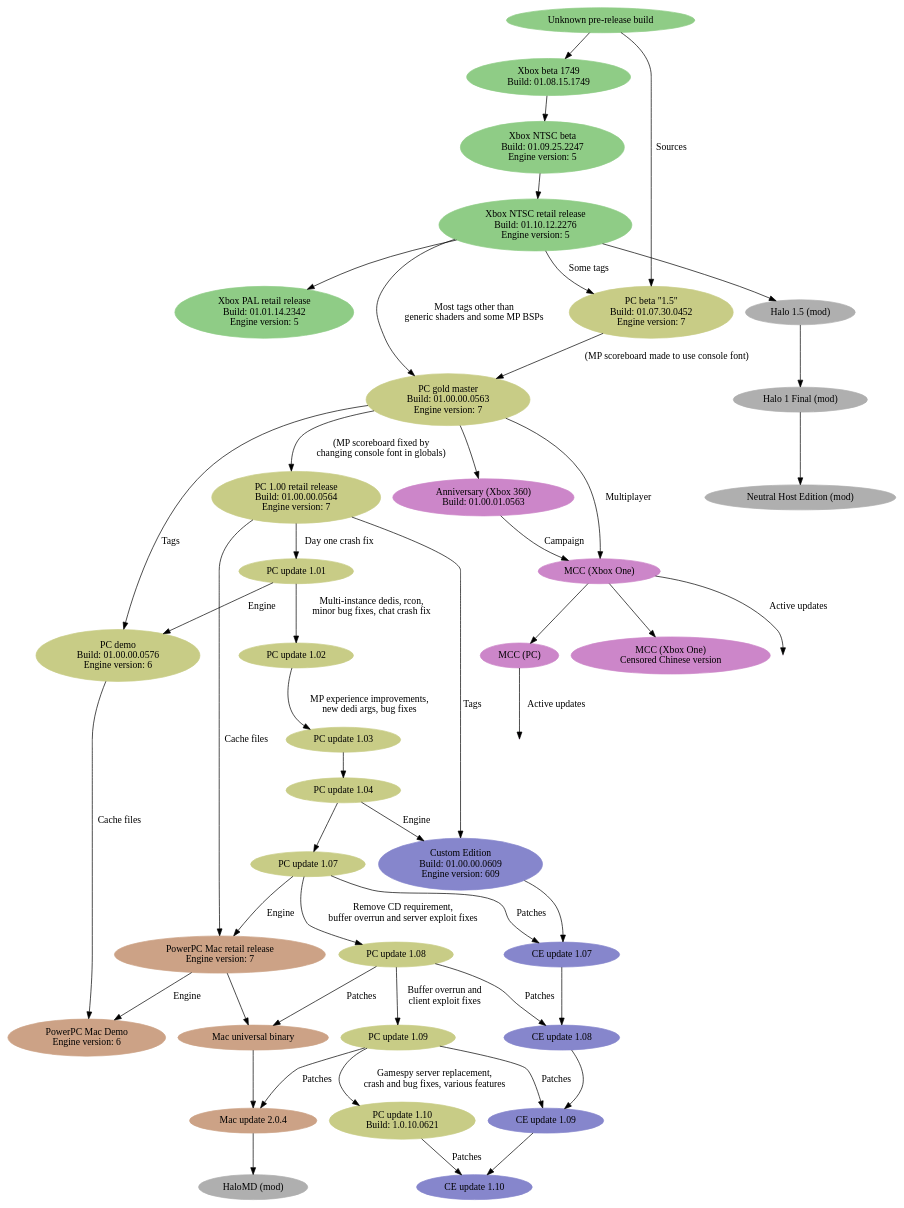
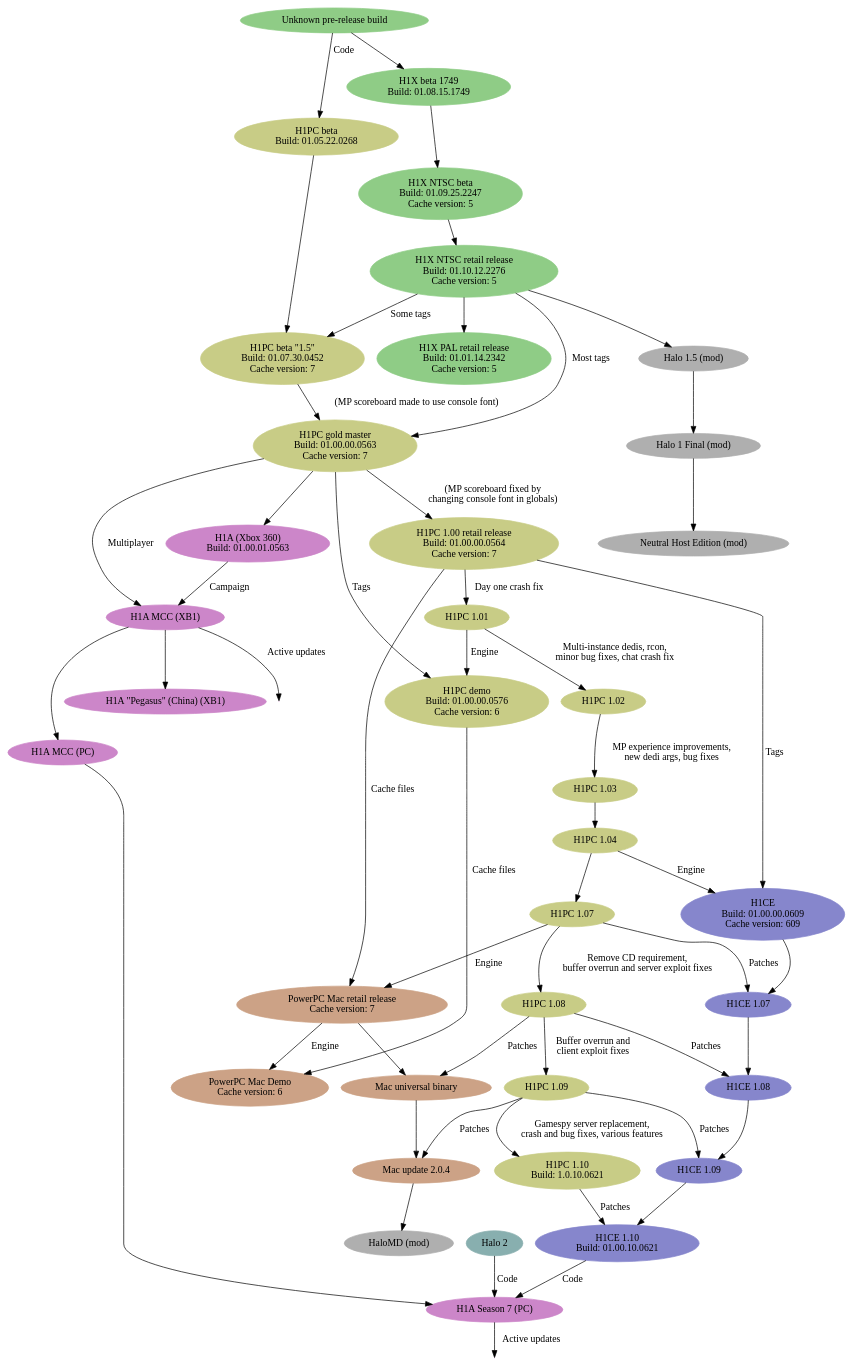
One commit to Sigmmma/c20 changed the diagram in src/content/h1/games.dot. Above: the diagram before and after it, drawn with Graphviz.

Commit message:
Update game diagram to cover H1A season 7

```diff
--- a/src/content/h1/games.dot
+++ b/src/content/h1/games.dot
@@ -1,115 +1,129 @@
 digraph G {
-  # xbox
-  node [style=filled color="#8fcc86"]
-  xbox_pre [label="Unknown pre-release build"]
-  xbox_1749 [label="Xbox beta 1749\nBuild: 01.08.15.1749"]
-  xbox_ntsc_beta [label="Xbox NTSC beta\nBuild: 01.09.25.2247\nEngine version: 5"]
-  xbox_ntsc_retail [label="Xbox NTSC retail release\nBuild: 01.10.12.2276\nEngine version: 5"]
-  xbox_pal_retail [label="Xbox PAL retail release\nBuild: 01.01.14.2342\nEngine version: 5"]
+  subgraph h1x {
+    node [style=filled color="#8fcc86"]
+    h1x_pre [label="Unknown pre-release build"]
+    h1x_1749 [label="H1X beta 1749\nBuild: 01.08.15.1749"]
+    h1x_ntsc_beta [label="H1X NTSC beta\nBuild: 01.09.25.2247\nCache version: 5"]
+    h1x_ntsc_retail [label="H1X NTSC retail release\nBuild: 01.10.12.2276\nCache version: 5"]
+    h1x_pal_retail [label="H1X PAL retail release\nBuild: 01.01.14.2342\nCache version: 5"]
+  }
 
-  # pc
-  node [style=filled color="#c8cc86"];
-  pc_beta [label="PC beta \"1.5\"\nBuild: 01.07.30.0452\nEngine version: 7"];
-  pc_gold [label="PC gold master\nBuild: 01.00.00.0563\nEngine version: 7"];
-  pc_100 [label="PC 1.00 retail release\nBuild: 01.00.00.0564\nEngine version: 7"];
-  pc_101 [label="PC update 1.01"];
-  pc_102 [label="PC update 1.02"];
-  pc_103 [label="PC update 1.03"];
-  pc_104 [label="PC update 1.04"];
-  pc_107 [label="PC update 1.07"];
-  pc_108 [label="PC update 1.08"];
-  pc_109 [label="PC update 1.09"];
-  pc_110 [label="PC update 1.10\nBuild: 1.0.10.0621"];
-  pc_demo [label="PC demo\nBuild: 01.00.00.0576\nEngine version: 6"];
+  subgraph h1pc {
+    node [style=filled color="#c8cc86"];
+    pc_beta1 [label="H1PC beta\nBuild: 01.05.22.0268"];
+    pc_beta2 [label="H1PC beta \"1.5\"\nBuild: 01.07.30.0452\nCache version: 7"];
+    pc_gold [label="H1PC gold master\nBuild: 01.00.00.0563\nCache version: 7"];
+    pc_100 [label="H1PC 1.00 retail release\nBuild: 01.00.00.0564\nCache version: 7"];
+    pc_101 [label="H1PC 1.01"];
+    pc_102 [label="H1PC 1.02"];
+    pc_103 [label="H1PC 1.03"];
+    pc_104 [label="H1PC 1.04"];
+    pc_107 [label="H1PC 1.07"];
+    pc_108 [label="H1PC 1.08"];
+    pc_109 [label="H1PC 1.09"];
+    pc_110 [label="H1PC 1.10\nBuild: 1.0.10.0621"];
+    pc_demo [label="H1PC demo\nBuild: 01.00.00.0576\nCache version: 6"];
+  }
 
-  # custom edition
-  node [style=filled color="#8686cc"];
-  ce_100 [label="Custom Edition\nBuild: 01.00.00.0609\nEngine version: 609"];
-  ce_107 [label="CE update 1.07"];
-  ce_108 [label="CE update 1.08"];
-  ce_109 [label="CE update 1.09"];
-  ce_110 [label="CE update 1.10"];
+  subgraph h1ce {
+    node [style=filled color="#8686cc"];
+    h1ce_100 [label="H1CE\nBuild: 01.00.00.0609\nCache version: 609"];
+    h1ce_107 [label="H1CE 1.07"];
+    h1ce_108 [label="H1CE 1.08"];
+    h1ce_109 [label="H1CE 1.09"];
+    h1ce_110 [label="H1CE 1.10\nBuild: 01.00.10.0621"];
+  }
 
-  # mac
-  node [style=filled color="#cca286"];
-  mac_retail [label="PowerPC Mac retail release\nEngine version: 7"];
-  mac_universal [label="Mac universal binary"];
-  mac_204 [label="Mac update 2.0.4"];
-  mac_demo [label="PowerPC Mac Demo\nEngine version: 6"];
+  subgraph mac {
+    node [style=filled color="#cca286"];
+    mac_retail [label="PowerPC Mac retail release\nCache version: 7"];
+    mac_universal [label="Mac universal binary"];
+    mac_204 [label="Mac update 2.0.4"];
+    mac_demo [label="PowerPC Mac Demo\nCache version: 6"];
+  }
 
-  # anniversary (invader uses cache v563)
-  node [style=filled color="#cc86c9"];
-  ann [label="Anniversary (Xbox 360)\nBuild: 01.00.01.0563"];
-  mcc_xbone [label="MCC (Xbox One)"];
-  mcc_xbone_china [label="MCC (Xbox One)\nCensored Chinese version"];
-  mcc_pc [label="MCC (PC)"];
-  mcc_pc_live [label="", fixedsize="false", width=0, height=0, shape=none];
-  mcc_xbone_live [label="", fixedsize="false", width=0, height=0, shape=none];
+  subgraph h1a {
+    node [style=filled color="#cc86c9"];
+    h1a_360 [label="H1A (Xbox 360)\nBuild: 01.00.01.0563"];
+    h1a_xbone [label="H1A MCC (XB1)"];
+    h1a_xbone_china [label="H1A \"Pegasus\" (China) (XB1)"];
+    h1a_pc [label="H1A MCC (PC)"];
+    h1a_pc_s7 [label="H1A Season 7 (PC)"];
+    h1a_pc_live [label="", fixedsize="false", width=0, height=0, shape=none];
+    h1a_xbone_live [label="", fixedsize="false", width=0, height=0, shape=none];
+  }
 
   #mods
   node [style=filled color="#afafaf"];
   h15 [label="Halo 1.5 (mod)"];
   h1final [label="Halo 1 Final (mod)"];
   nhe [label="Neutral Host Edition (mod)"];
   halomd [label="HaloMD (mod)"];
 
-  # xbox line
-  xbox_pre -> xbox_1749;
-  xbox_1749 -> xbox_ntsc_beta;
-  xbox_ntsc_beta -> xbox_ntsc_retail;
-  xbox_ntsc_retail -> xbox_pal_retail;
+  #other games
+  node [style=filled color="#88afaf"];
+  h2 [label="Halo 2"];
+
+  h1x_pre -> h1x_1749;
+  h1x_1749 -> h1x_ntsc_beta;
+  h1x_ntsc_beta -> h1x_ntsc_retail;
+  h1x_ntsc_retail -> h1x_pal_retail;
 
   # gearbox pc line
-  xbox_pre -> pc_beta [label="Sources"];
-  xbox_ntsc_retail -> pc_beta [label="Some tags"];
-  pc_beta -> pc_gold [label="(MP scoreboard made to use console font)"];
-  xbox_ntsc_retail -> pc_gold [label="Most tags other than\ngeneric shaders and some MP BSPs"];
+  h1x_pre -> pc_beta1 [label="Code"];
+  pc_beta1 -> pc_beta2;
+  h1x_ntsc_retail -> pc_beta2 [label="Some tags"];
+  pc_beta2 -> pc_gold [label="(MP scoreboard made to use console font)"];
+  h1x_ntsc_retail -> pc_gold [label="Most tags"];
   pc_gold -> pc_100 [label="(MP scoreboard fixed by\nchanging console font in globals)"];
   pc_100 -> pc_101 [label="Day one crash fix"];
   pc_101 -> pc_102 [label="Multi-instance dedis, rcon,\nminor bug fixes, chat crash fix"];
   pc_102 -> pc_103 [label="MP experience improvements,\nnew dedi args, bug fixes"];
   pc_103 -> pc_104;
   pc_104 -> pc_107;
   pc_107 -> pc_108 [label="Remove CD requirement,\nbuffer overrun and server exploit fixes"];
   pc_108 -> pc_109 [label="Buffer overrun and\nclient exploit fixes"];
   pc_109 -> pc_110 [label="Gamespy server replacement,\ncrash and bug fixes, various features"];
   pc_gold -> pc_demo [label="Tags"];
   pc_101 -> pc_demo [label="Engine"];
 
   # custom edition line
-  pc_104 -> ce_100 [label="Engine"];
-  pc_100 -> ce_100 [label="Tags"];
-  ce_100 -> ce_107;
-  pc_107 -> ce_107 [label="Patches"];
-  ce_107 -> ce_108;
-  pc_108 -> ce_108 [label="Patches"];
-  ce_108 -> ce_109;
-  pc_109 -> ce_109 [label="Patches"];
-  ce_109 -> ce_110;
-  pc_110 -> ce_110 [label="Patches"];
+  pc_104 -> h1ce_100 [label="Engine"];
+  pc_100 -> h1ce_100 [label="Tags"];
+  h1ce_100 -> h1ce_107;
+  pc_107 -> h1ce_107 [label="Patches"];
+  h1ce_107 -> h1ce_108;
+  pc_108 -> h1ce_108 [label="Patches"];
+  h1ce_108 -> h1ce_109;
+  pc_109 -> h1ce_109 [label="Patches"];
+  h1ce_109 -> h1ce_110;
+  pc_110 -> h1ce_110 [label="Patches"];
 
   # mac
   pc_demo -> mac_demo [label="Cache files"];
   pc_100 -> mac_retail [label="Cache files"];
   pc_107 -> mac_retail [label="Engine"];
   mac_retail -> mac_demo [label="Engine"];
   mac_retail -> mac_universal;
   pc_108 -> mac_universal [label="Patches"];
   mac_universal -> mac_204;
   pc_109 -> mac_204 [label="Patches"];
 
   # mods
-  xbox_ntsc_retail -> h15;
+  h1x_ntsc_retail -> h15;
   h15 -> h1final;
   h1final -> nhe;
   mac_204 -> halomd;
 
   # h1a and mcc
-  pc_gold -> ann;
-  ann -> mcc_xbone [label="Campaign"];
-  pc_gold -> mcc_xbone [label="Multiplayer"];
-  mcc_xbone -> mcc_pc;
-  mcc_xbone -> mcc_xbone_live [label="Active updates"];
-  mcc_xbone -> mcc_xbone_china;
-  mcc_pc -> mcc_pc_live [label="Active updates"];
+  pc_gold -> h1a_360;
+  h1a_360 -> h1a_xbone [label="Campaign"];
+  pc_gold -> h1a_xbone [label="Multiplayer"];
+  h1a_xbone -> h1a_pc;
+  h1a_xbone -> h1a_xbone_live [label="Active updates"];
+  h1a_xbone -> h1a_xbone_china;
+  h1a_pc -> h1a_pc_s7;
+  h1ce_110 -> h1a_pc_s7 [label="Code"];
+  h2 -> h1a_pc_s7 [label="Code"];
+  h1a_pc_s7 -> h1a_pc_live [label="Active updates"];
 }
```
